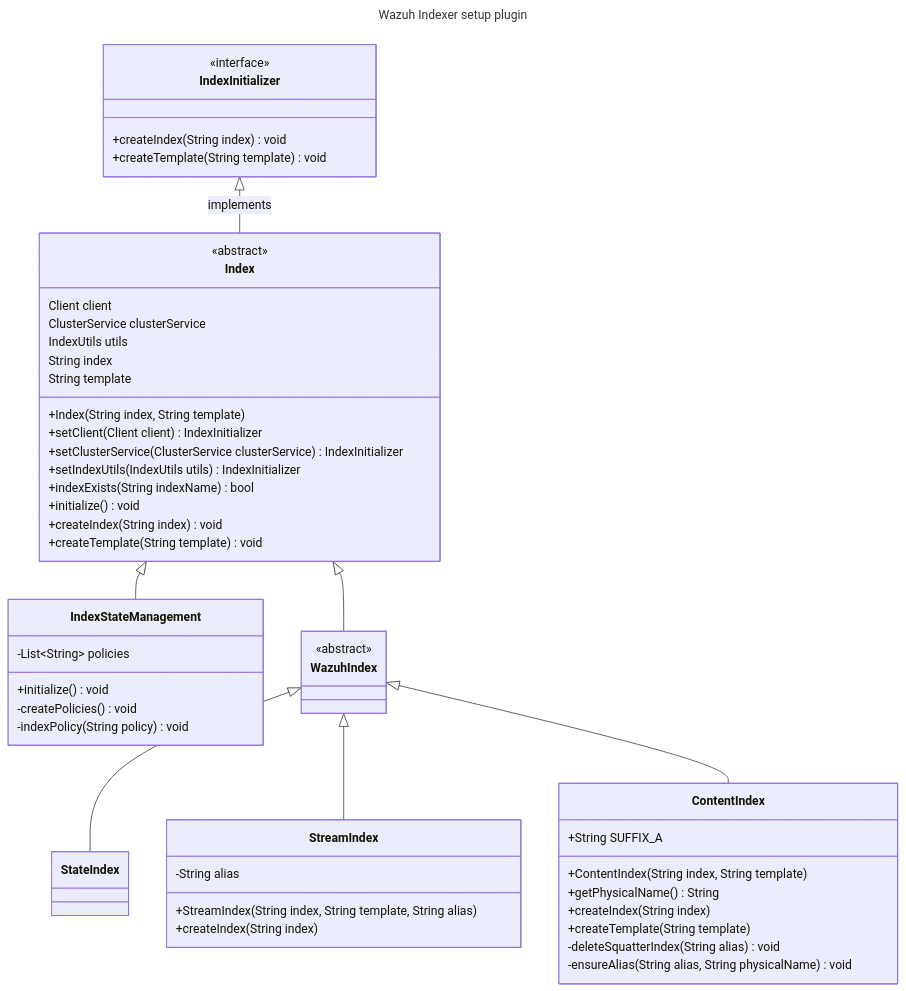
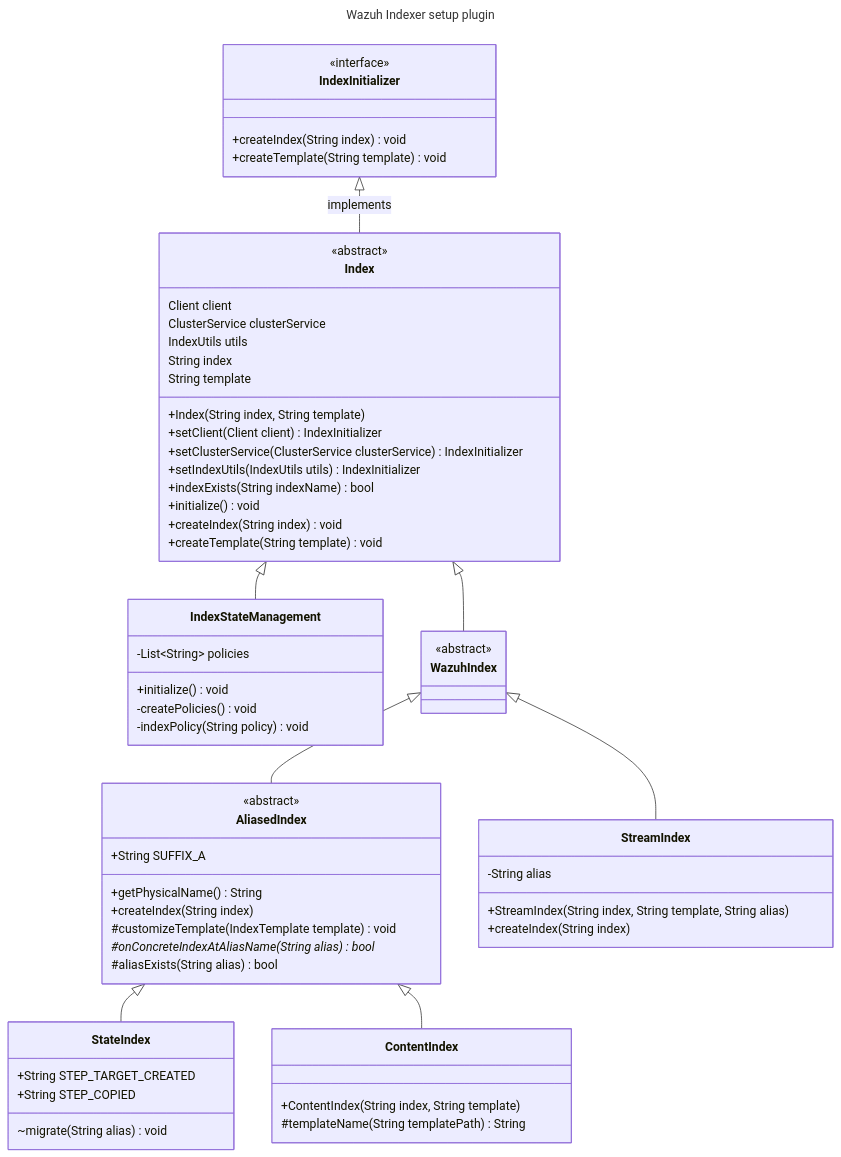
One commit to wazuh/wazuh-indexer-plugins changed the first of 2 diagrams in docs/dev/plugins/setup.md. Above: the diagram before and after it, drawn with Mermaid. The commit also changed other lines of this file and 11 other files, not shown here.

````diff
--- a/docs/dev/plugins/setup.md
+++ b/docs/dev/plugins/setup.md
@@ -9,70 +9,79 @@
 ```mermaid
 ---
 title: Wazuh Indexer setup plugin
 ---
 classDiagram
     %% Classes
     class IndexInitializer
     <<interface>> IndexInitializer
     class Index
     <<abstract>> Index
     class IndexStateManagement
     class WazuhIndex
     <<abstract>> WazuhIndex
+    class AliasedIndex
+    <<abstract>> AliasedIndex
     class StateIndex
     class StreamIndex
     class ContentIndex
 
     %% Relations
     IndexInitializer <|-- Index : implements
     Index <|-- IndexStateManagement
     Index <|-- WazuhIndex
-    WazuhIndex <|-- StateIndex
+    WazuhIndex <|-- AliasedIndex
     WazuhIndex <|-- StreamIndex
-    WazuhIndex <|-- ContentIndex
+    AliasedIndex <|-- StateIndex
+    AliasedIndex <|-- ContentIndex
 
     %% Schemas
     class IndexInitializer {
         +createIndex(String index) void
         +createTemplate(String template) void
     }
     class Index {
         Client client
         ClusterService clusterService
         IndexUtils utils
         String index
         String template
         +Index(String index, String template)
         +setClient(Client client) IndexInitializer
         +setClusterService(ClusterService clusterService) IndexInitializer
         +setIndexUtils(IndexUtils utils) IndexInitializer
         +indexExists(String indexName) bool
         +initialize() void
         +createIndex(String index) void
         +createTemplate(String template) void
     }
     class IndexStateManagement {
         -List~String~ policies
         +initialize() void
         -createPolicies() void
         -indexPolicy(String policy) void
     }
     class WazuhIndex {
     }
     class StreamIndex {
         -String alias
         +StreamIndex(String index, String template, String alias)
         +createIndex(String index)
     }
+    class AliasedIndex {
+        +String SUFFIX_A
+        +getPhysicalName() String
+        +createIndex(String index)
+        #customizeTemplate(IndexTemplate template) void
+        #onConcreteIndexAtAliasName(String alias)* bool
+        #aliasExists(String alias) bool
+    }
     class StateIndex {
+        +String STEP_TARGET_CREATED
+        +String STEP_COPIED
+        ~migrate(String alias) void
     }
     class ContentIndex {
-        +String SUFFIX_A
         +ContentIndex(String index, String template)
-        +getPhysicalName() String
-        +createIndex(String index)
-        +createTemplate(String template)
-        -deleteSquatterIndex(String alias) void
-        -ensureAlias(String alias, String physicalName) void
+        #templateName(String templatePath) String
     }
 ```
````
